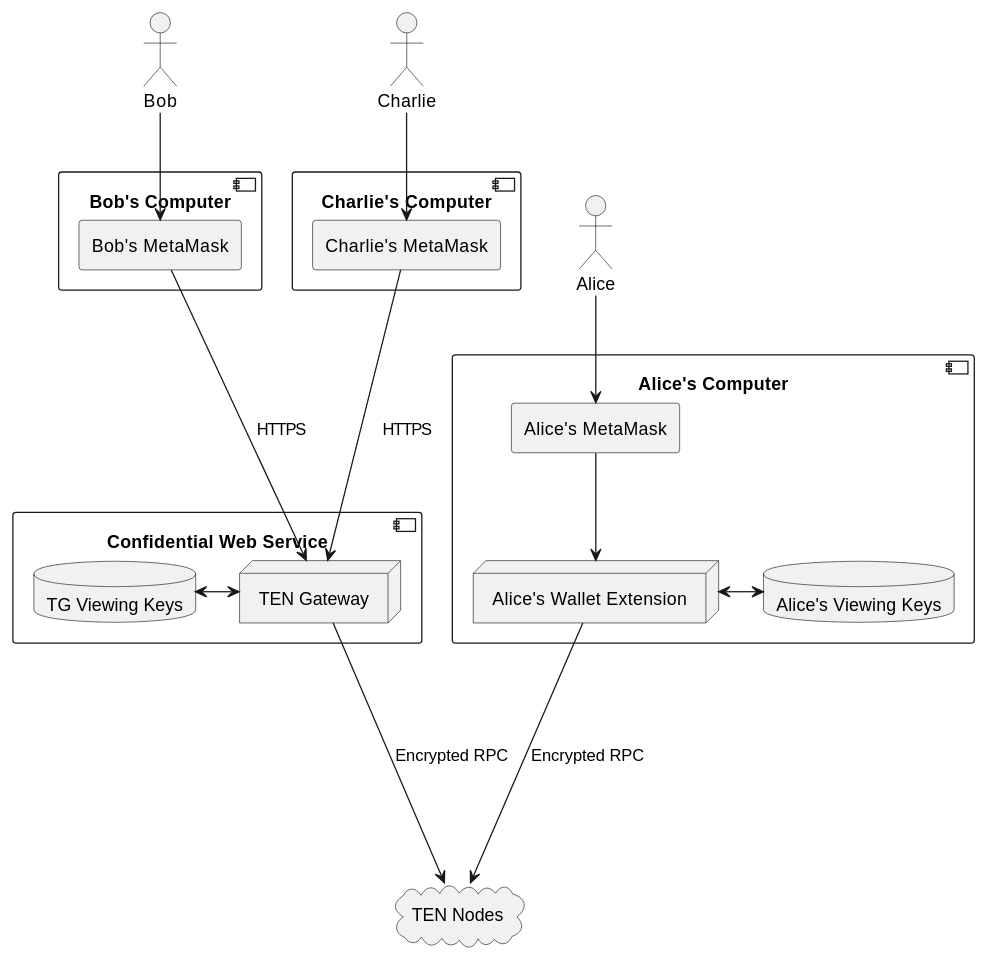
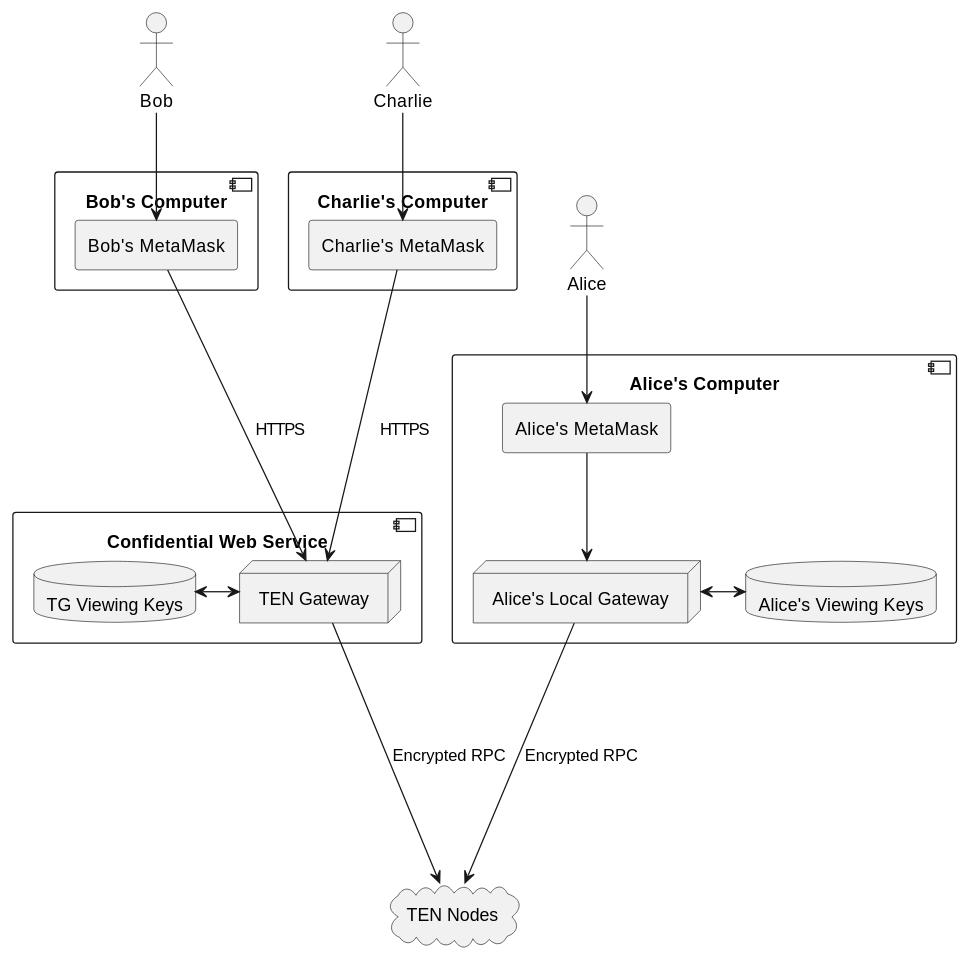
The first of 2 diagrams in design/ux/Ten_Gateway.md (ten-protocol/go-ten), drawn with PlantUML before and after one commit. The commit also changed other lines of this file and 126 other files, not shown here.

````diff
--- a/design/ux/Ten_Gateway.md
+++ b/design/ux/Ten_Gateway.md
@@ -27,41 +27,41 @@
 ```plantuml
 @startuml
 'https://plantuml.com/deployment-diagram
 
 cloud "TEN Nodes"
 
 actor Alice
 component "Alice's Computer"{
     agent "Alice's MetaMask"
-    node "Alice's Wallet Extension"
+    node "Alice's Local Gateway"
     database "Alice's Viewing Keys"
 }
 Alice --> "Alice's MetaMask"
-"Alice's MetaMask" --> "Alice's Wallet Extension"
-"Alice's Wallet Extension" <-> "Alice's Viewing Keys"
-"Alice's Wallet Extension" ----> "TEN Nodes" : Encrypted RPC
+"Alice's MetaMask" --> "Alice's Local Gateway"
+"Alice's Local Gateway" <-> "Alice's Viewing Keys"
+"Alice's Local Gateway" ----> "TEN Nodes" : Encrypted RPC
 
 actor Bob
 component "Bob's Computer"{
     agent "Bob's MetaMask"
 }
 component "Confidential Web Service"{
     node "TEN Gateway"
     database "TG Viewing Keys"
 }
 "TG Viewing Keys" <-> "TEN Gateway"
 
 Bob --> "Bob's MetaMask"
 "Bob's MetaMask" ---> "TEN Gateway" : HTTPS
 "TEN Gateway" ----> "TEN Nodes" : Encrypted RPC
 
 actor Charlie
 component "Charlie's Computer"{
     agent "Charlie's MetaMask"
 }
 node "TEN Gateway"
 Charlie --> "Charlie's MetaMask"
 "Charlie's MetaMask" ---> "TEN Gateway" : HTTPS
 
 @enduml
 ```
````
